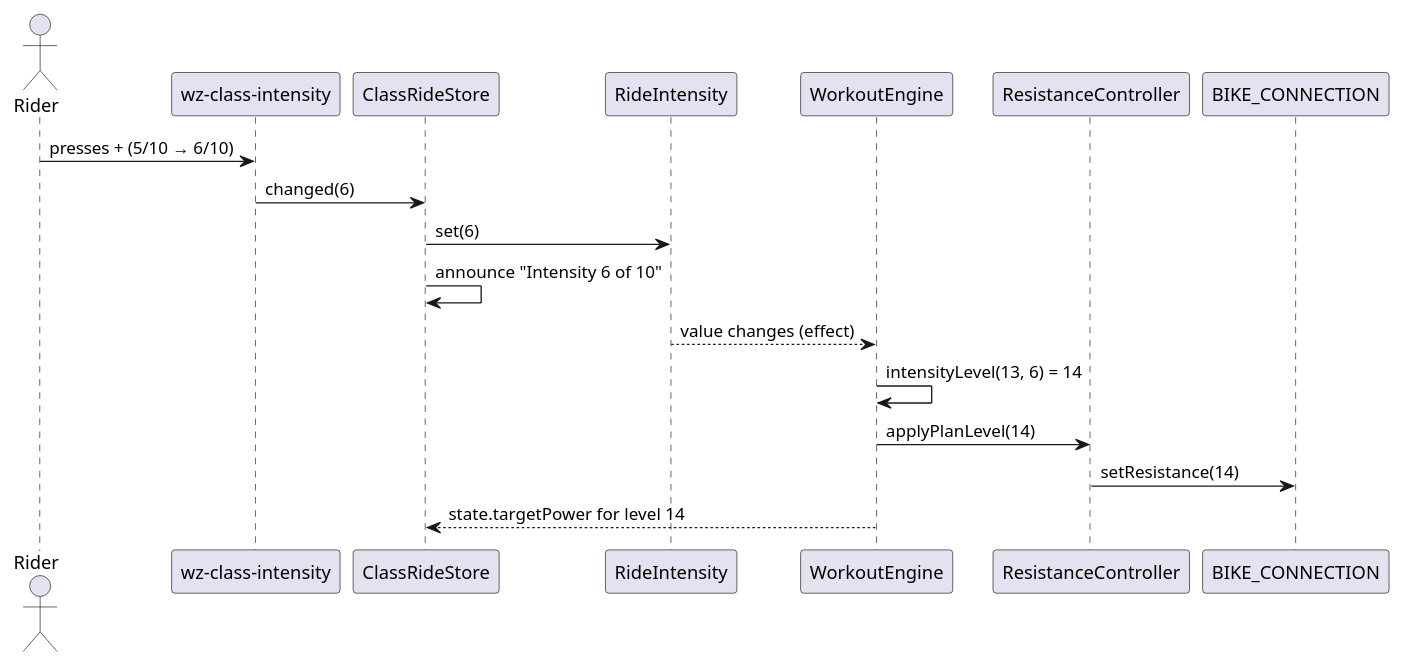
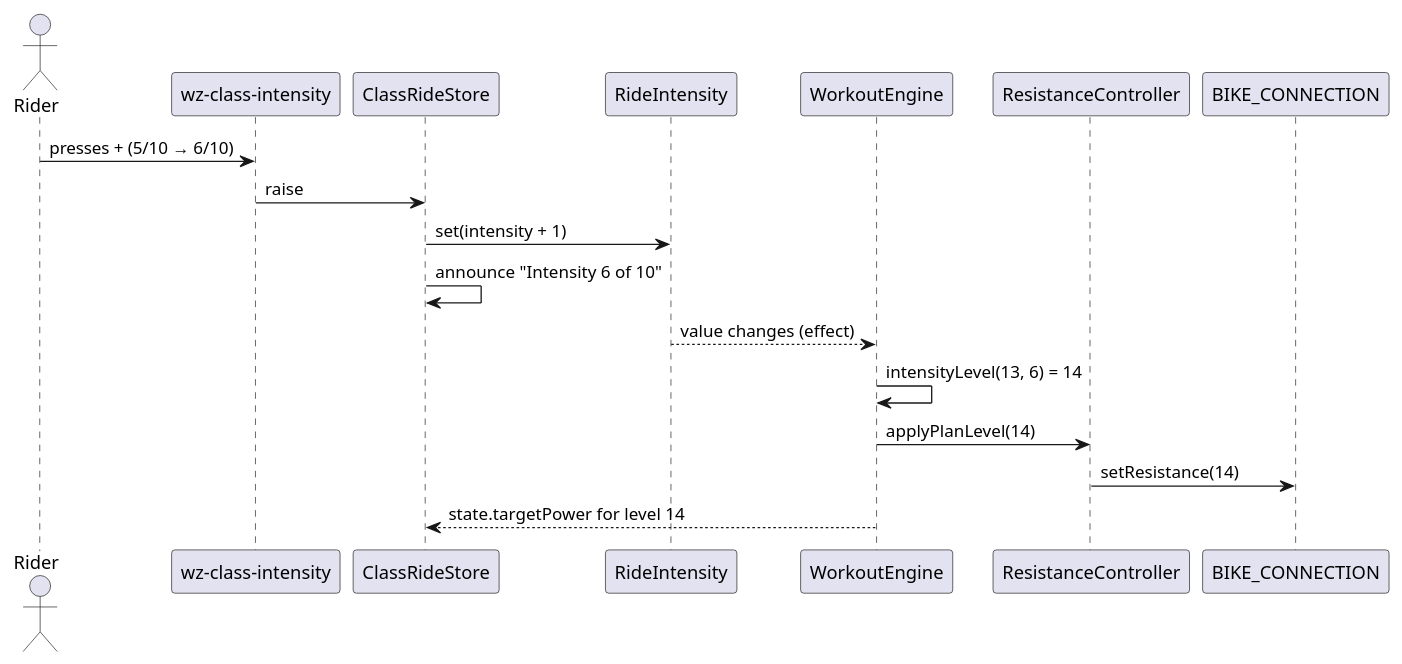
Before and after one commit to QuinntyneBrown/ride-one: the diagram in docs/detailed-designs/class-ride/set-the-intensity/diagrams/sequence-change-the-intensity.puml, drawn with PlantUML. The commit also changed 8 other files, not shown here.

```diff
--- a/docs/detailed-designs/class-ride/set-the-intensity/diagrams/sequence-change-the-intensity.puml
+++ b/docs/detailed-designs/class-ride/set-the-intensity/diagrams/sequence-change-the-intensity.puml
@@ -1,22 +1,22 @@
 @startuml
 skinparam backgroundColor #FFFFFF
 skinparam shadowing false
 skinparam defaultFontName Arial
 actor Rider
 participant "wz-class-intensity" as Control
 participant ClassRideStore as Store
 participant RideIntensity as Intensity
 participant WorkoutEngine as Engine
 participant ResistanceController as Resistance
 participant "BIKE_CONNECTION" as Bike
 
 Rider -> Control : presses + (5/10 → 6/10)
-Control -> Store : changed(6)
-Store -> Intensity : set(6)
+Control -> Store : raise
+Store -> Intensity : set(intensity + 1)
 Store -> Store : announce "Intensity 6 of 10"
 Intensity --> Engine : value changes (effect)
 Engine -> Engine : intensityLevel(13, 6) = 14
 Engine -> Resistance : applyPlanLevel(14)
 Resistance -> Bike : setResistance(14)
 Engine --> Store : state.targetPower for level 14
 @enduml
```
